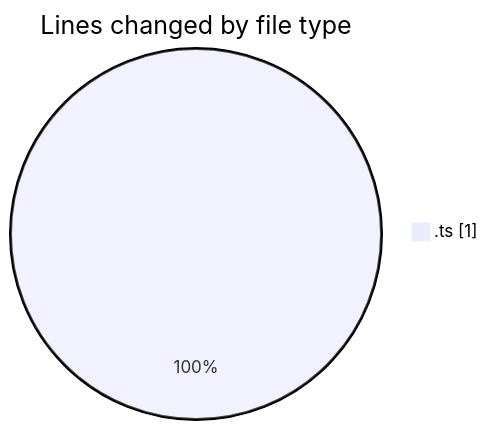
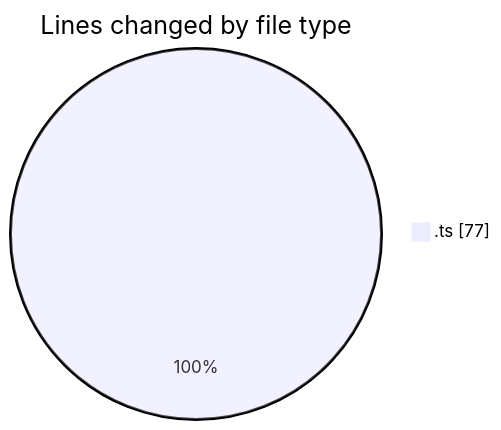
One commit to JenPaints/code-tracking changed the first of 2 diagrams in 2025-06-21/archive/README.md. Above: the diagram before and after it, drawn with Mermaid. The commit also changed other lines of this file and 1 other file, not shown here.

````diff
--- a/2025-06-21/archive/README.md
+++ b/2025-06-21/archive/README.md
@@ -20,5 +21,5 @@
 ```mermaid
 pie showData
 title Lines changed by file type
-".ts" : 1
+".ts" : 77
 ```
````
